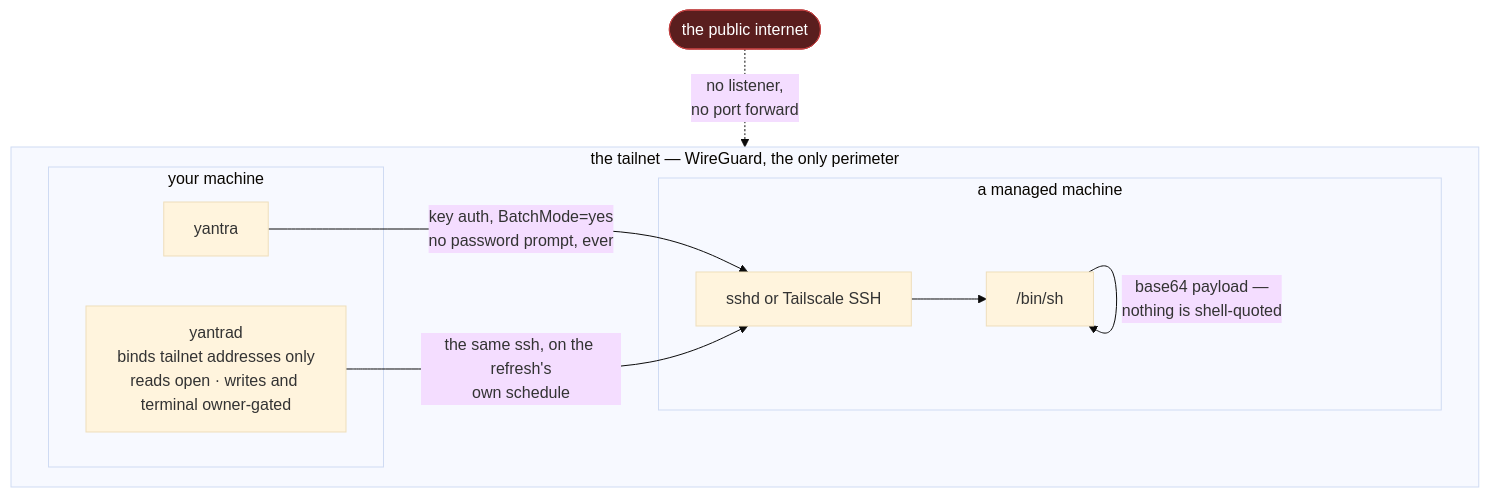
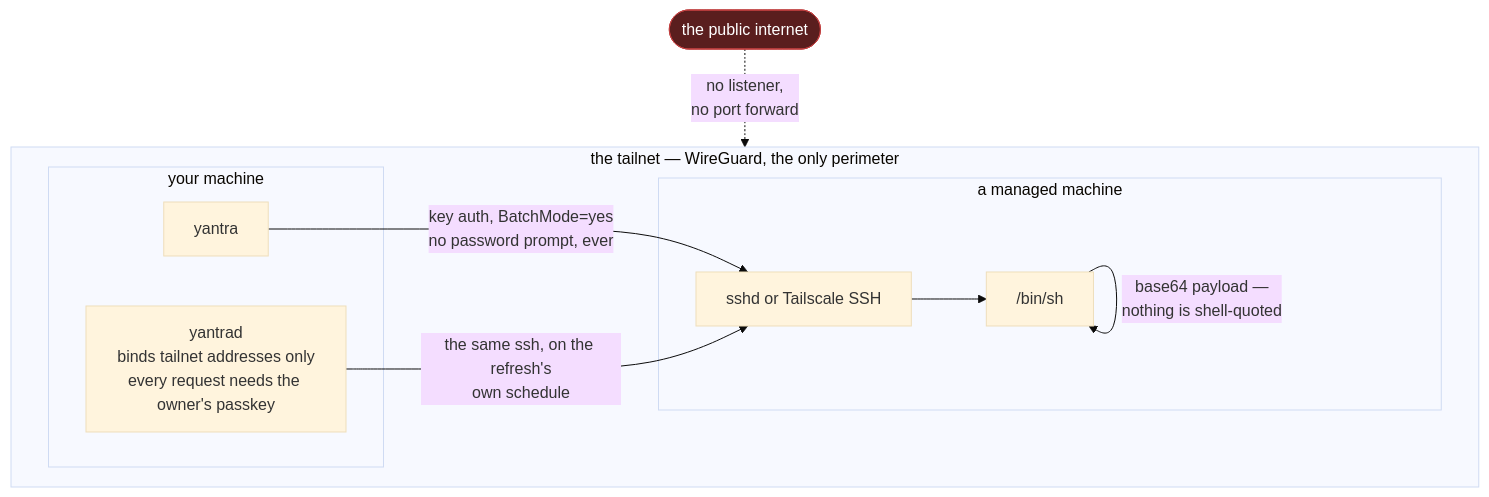
One commit to 2002Bishwajeet/yantra changed the fourth of 7 diagrams in docs/architecture.md. Above: the diagram before and after it, drawn with Mermaid (base theme). The commit also changed other lines of this file and 7 other files, not shown here.

````diff
--- a/docs/architecture.md
+++ b/docs/architecture.md
@@ -148,24 +148,24 @@
 ```mermaid
 flowchart TB
     internet(["the public internet"])
 
     subgraph tailnet["the tailnet — WireGuard, the only perimeter"]
         subgraph host["your machine"]
             cli["yantra"]
-            daemon["yantrad<br/>binds tailnet addresses only<br/>reads open · writes and terminal owner-gated"]
+            daemon["yantrad<br/>binds tailnet addresses only<br/>every request needs the owner's passkey"]
         end
         subgraph managed["a managed machine"]
             sshd["sshd or Tailscale SSH"]
             shell["/bin/sh"]
         end
     end
 
     internet -.->|"no listener,<br/>no port forward"| tailnet
     cli -->|"key auth, BatchMode=yes<br/>no password prompt, ever"| sshd
     daemon -->|"the same ssh, on the refresh's<br/>own schedule"| sshd
     sshd --> shell
     shell -->|"base64 payload —<br/>nothing is shell-quoted"| shell
 
     classDef danger fill:#5a1e1e,stroke:#c04040,color:#fff
     class internet danger
 ```
````
